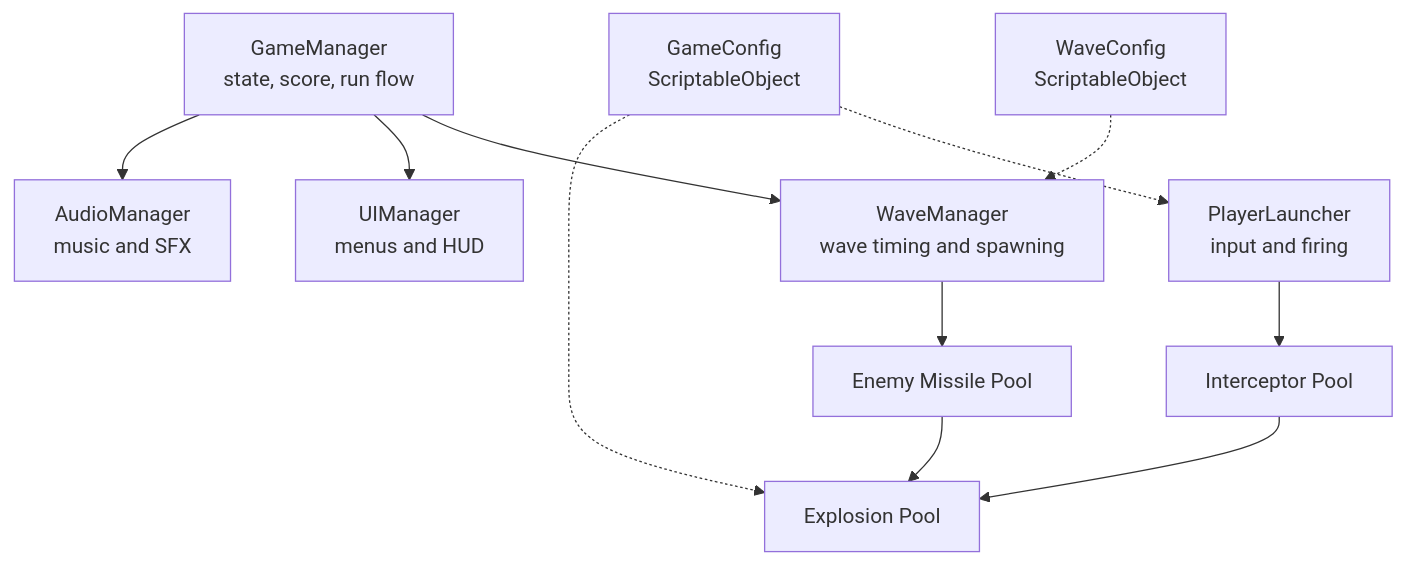
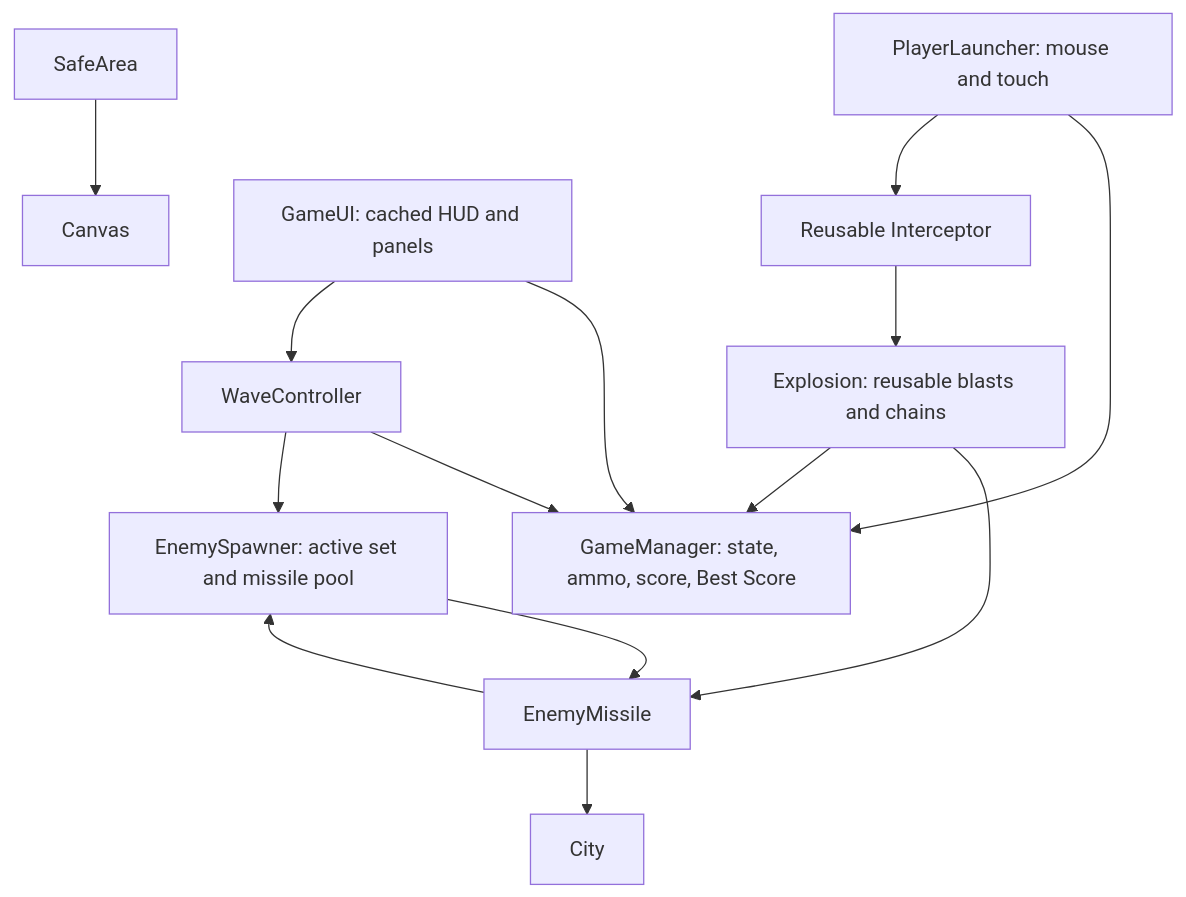
One commit to KerenHazan/NeonCommand changed the second of 2 diagrams in Docs/GDD.md. Above: the diagram before and after it, drawn with Mermaid. The commit also changed other lines of this file and 1 other file, not shown here.

````diff
--- a/Docs/GDD.md
+++ b/Docs/GDD.md
@@ -166,16 +177,17 @@
 ```mermaid
 graph TD
-    GM[GameManager<br/>state, score, run flow] --> WM[WaveManager<br/>wave timing and spawning]
-    GM --> UI[UIManager<br/>menus and HUD]
-    GM --> AU[AudioManager<br/>music and SFX]
-
-    PL[PlayerLauncher<br/>input and firing] --> IP[Interceptor Pool]
-    WM --> EP[Enemy Missile Pool]
-
-    IP --> EX[Explosion Pool]
-    EP --> EX
-
-    CFG[GameConfig<br/>ScriptableObject] -.-> PL
-    CFG -.-> EX
-    WCFG[WaveConfig<br/>ScriptableObject] -.-> WM
+    GM[GameManager: state, ammo, score, Best Score]
+    WC[WaveController] --> GM
+    WC --> ES[EnemySpawner: active set and missile pool]
+    ES --> EM[EnemyMissile]
+    EM --> C[City]
+    EM --> ES
+    PL[PlayerLauncher: mouse and touch] --> GM
+    PL --> I[Reusable Interceptor]
+    I --> EX[Explosion: reusable blasts and chains]
+    EX --> EM
+    EX --> GM
+    UI[GameUI: cached HUD and panels] --> GM
+    UI --> WC
+    SA[SafeArea] --> Canvas
 ```
````
